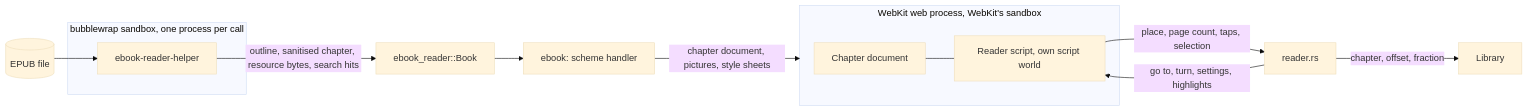
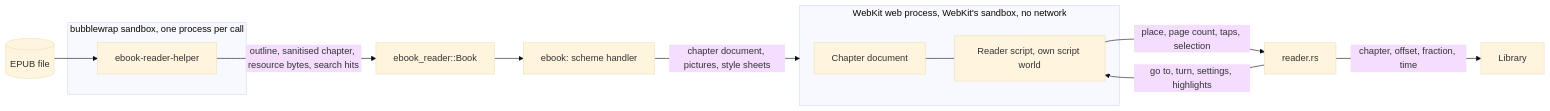
One commit to endqwerty/ebook-manager changed the diagram in docs/design/epub-reading.md. Above: the diagram before and after it, drawn with Mermaid (base theme). The commit also changed other lines of this file, not shown here.

````diff
--- a/docs/design/epub-reading.md
+++ b/docs/design/epub-reading.md
@@ -150,16 +180,16 @@
 ```mermaid
 flowchart LR
     subgraph Sandbox [bubblewrap sandbox, one process per call]
         Helper[ebook-reader-helper]
     end
     Book[(EPUB file)] --> Helper
     Helper -- outline, sanitised chapter, resource bytes, search hits --> Host[ebook_reader::Book]
     Host --> Scheme[ebook: scheme handler]
     Scheme -- chapter document, pictures, style sheets --> Web
-    subgraph Web [WebKit web process, WebKit's sandbox]
+    subgraph Web [WebKit web process, WebKit's sandbox, no network]
         Page[Chapter document] --- Script[Reader script, own script world]
     end
     Script -- place, page count, taps, selection --> Shell[reader.rs]
     Shell -- go to, turn, settings, highlights --> Script
-    Shell -- chapter, offset, fraction --> Store[Library]
+    Shell -- chapter, offset, fraction, time --> Store[Library]
 ```
````
